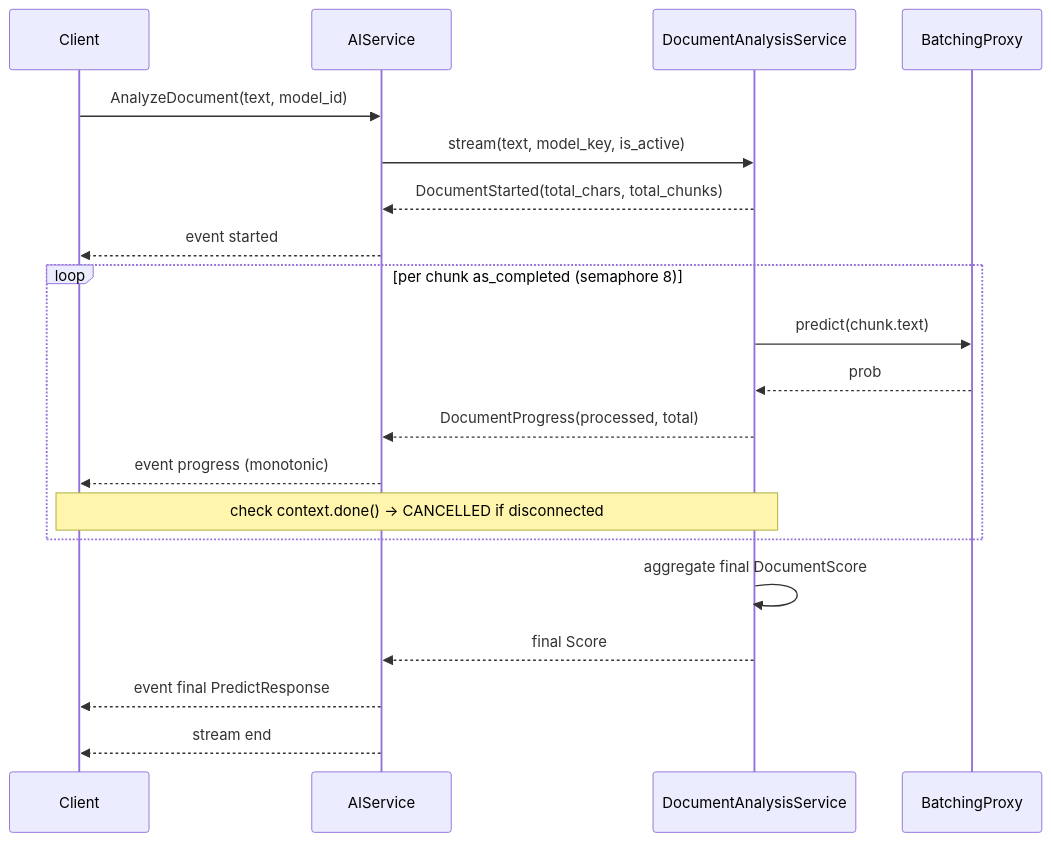
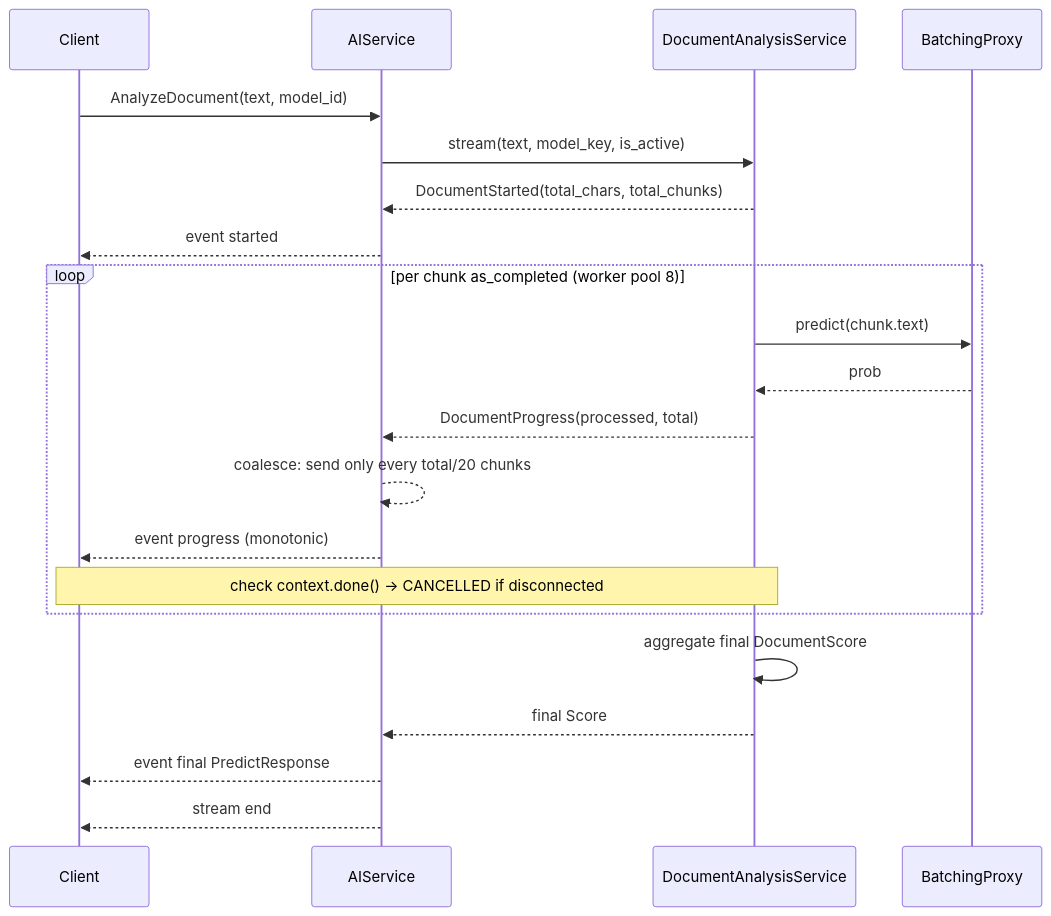
The second of 2 diagrams in services/inference/docs/concepts/request-flows.md (kunalPisolkar24/detectAI), drawn with Mermaid before and after one commit. The commit also changed other lines of this file and 14 other files, not shown here.

````diff
--- a/services/inference/docs/concepts/request-flows.md
+++ b/services/inference/docs/concepts/request-flows.md
@@ -55,22 +55,23 @@
 ```mermaid
 sequenceDiagram
     participant C as Client
     participant S as AIService
     participant D as DocumentAnalysisService
     participant B as BatchingProxy
     C->>S: AnalyzeDocument(text, model_id)
     S->>D: stream(text, model_key, is_active)
     D-->>S: DocumentStarted(total_chars, total_chunks)
     S-->>C: event started
-    loop per chunk as_completed (semaphore 8)
+    loop per chunk as_completed (worker pool 8)
         D->>B: predict(chunk.text)
         B-->>D: prob
         D-->>S: DocumentProgress(processed, total)
+        S-->>S: coalesce: send only every total/20 chunks
         S-->>C: event progress (monotonic)
         Note over C,D: check context.done() -> CANCELLED if disconnected
     end
     D->>D: aggregate final DocumentScore
     D-->>S: final Score
     S-->>C: event final PredictResponse
     S-->>C: stream end
 ```
````
